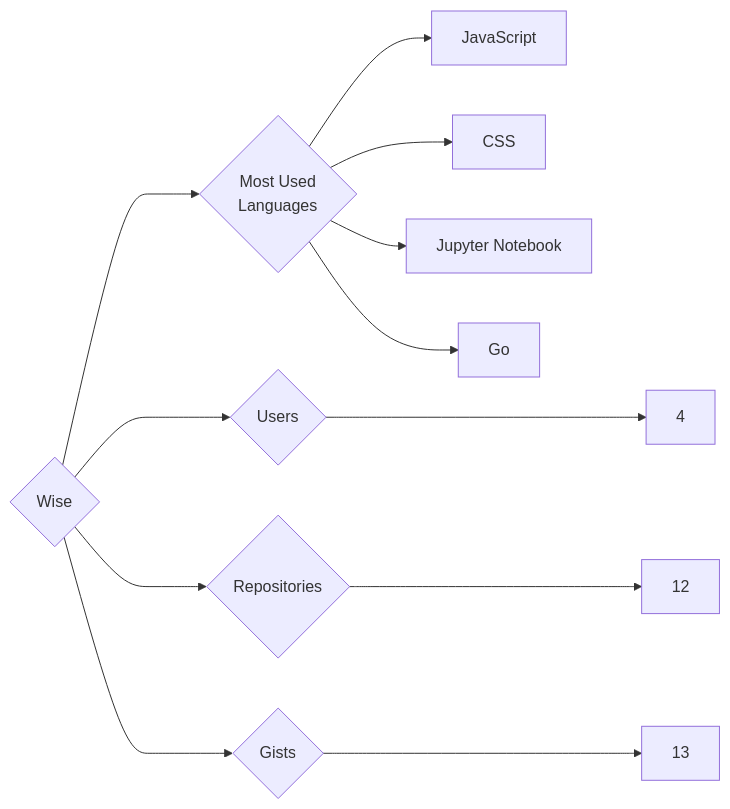
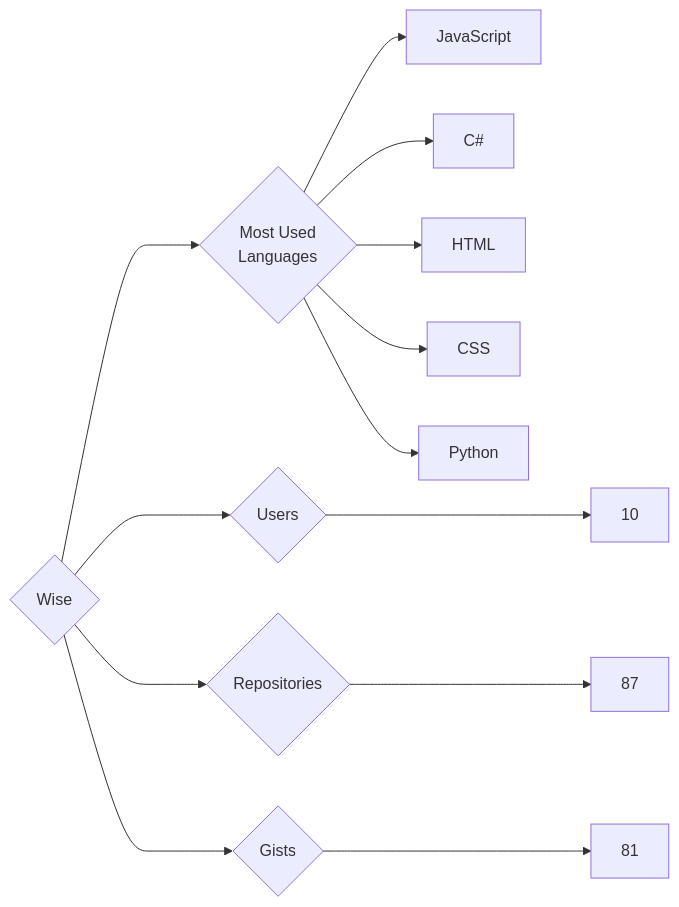
One commit to trickest/insiders changed the diagram in targets/Wise/README.md. Above: the diagram before and after it, drawn with Mermaid. The commit also changed 797 other files, not shown here.

````diff
--- a/targets/Wise/README.md
+++ b/targets/Wise/README.md
@@ -3,12 +3,13 @@
 ```mermaid
 graph LR
 COMPANY_NAME{Wise}
-COMPANY_NAME ---> U{Users} ---> UN[4]
-COMPANY_NAME ---> R{Repositories} ---> RN[12]
-COMPANY_NAME ---> G{Gists} ---> GN[13]
+COMPANY_NAME ---> U{Users} ---> UN[10]
+COMPANY_NAME ---> R{Repositories} ---> RN[87]
+COMPANY_NAME ---> G{Gists} ---> GN[81]
 COMPANY_NAME ---> ML{Most Used<br>Languages}
 ML --> JavaScript[JavaScript]
+ML --> C#[C#]
+ML --> HTML[HTML]
 ML --> CSS[CSS]
-ML --> Jupyter_Notebook[Jupyter Notebook]
-ML --> Go[Go]
+ML --> Python[Python]
 ```
````
